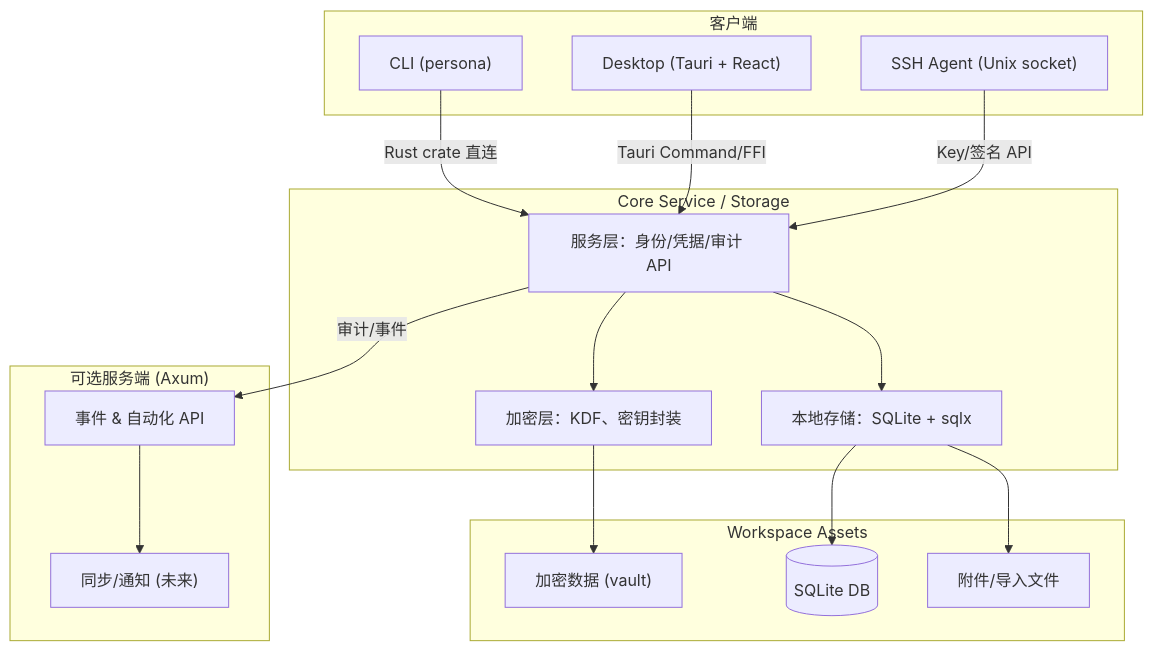
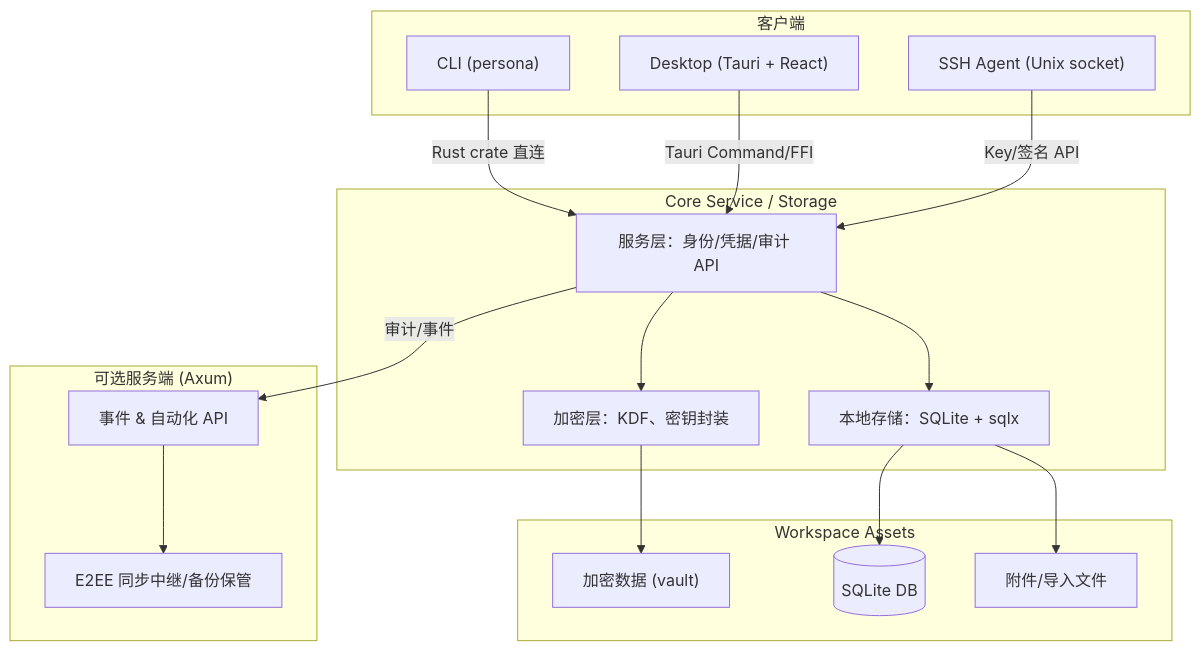
Before and after one commit to cuihairu/persona: the diagram in docs/src/overview/architecture.md, drawn with Mermaid. The commit also changed other lines of this file and 2 other files, not shown here.

````diff
--- a/docs/src/overview/architecture.md
+++ b/docs/src/overview/architecture.md
@@ -7,38 +7,38 @@
 ```mermaid
 flowchart TB
     subgraph Clients["客户端"]
         CLI["CLI (persona)"]
         Desktop["Desktop (Tauri + React)"]
         Agent["SSH Agent (Unix socket)"]
     end
 
     subgraph Core["Core Service / Storage"]
         Services["服务层：身份/凭据/审计 API"]
         Crypto["加密层：KDF、密钥封装"]
         Storage["本地存储：SQLite + sqlx"]
     end
 
     subgraph Workspace["Workspace Assets"]
         Vault["加密数据 (vault)"]
         DB[(SQLite DB)]
         Files["附件/导入文件"]
     end
 
     subgraph Server["可选服务端 (Axum)"]
         API["事件 & 自动化 API"]
-        Sync["同步/通知 (未来)"]
+        Sync["E2EE 同步中继/备份保管"]
     end
 
     CLI -->|Rust crate 直连| Services
     Desktop -->|Tauri Command/FFI| Services
     Agent -->|Key/签名 API| Services
 
     Services --> Crypto
     Services --> Storage
     Crypto --> Vault
     Storage --> DB
     Storage --> Files
 
     Services -->|审计/事件| API
     API --> Sync
 ```
````
